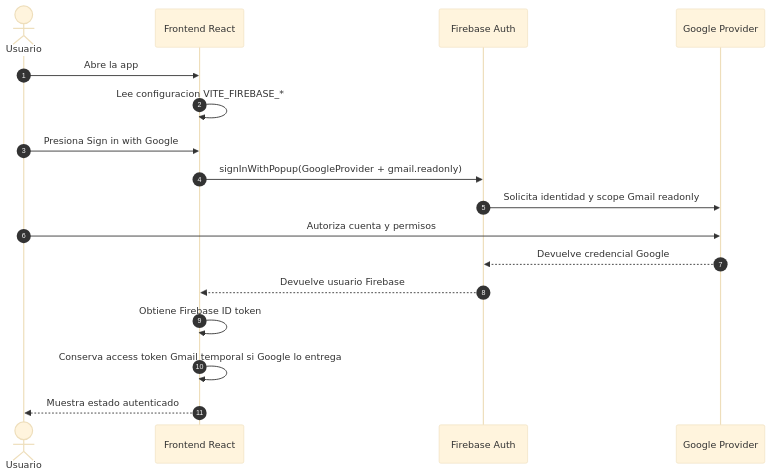
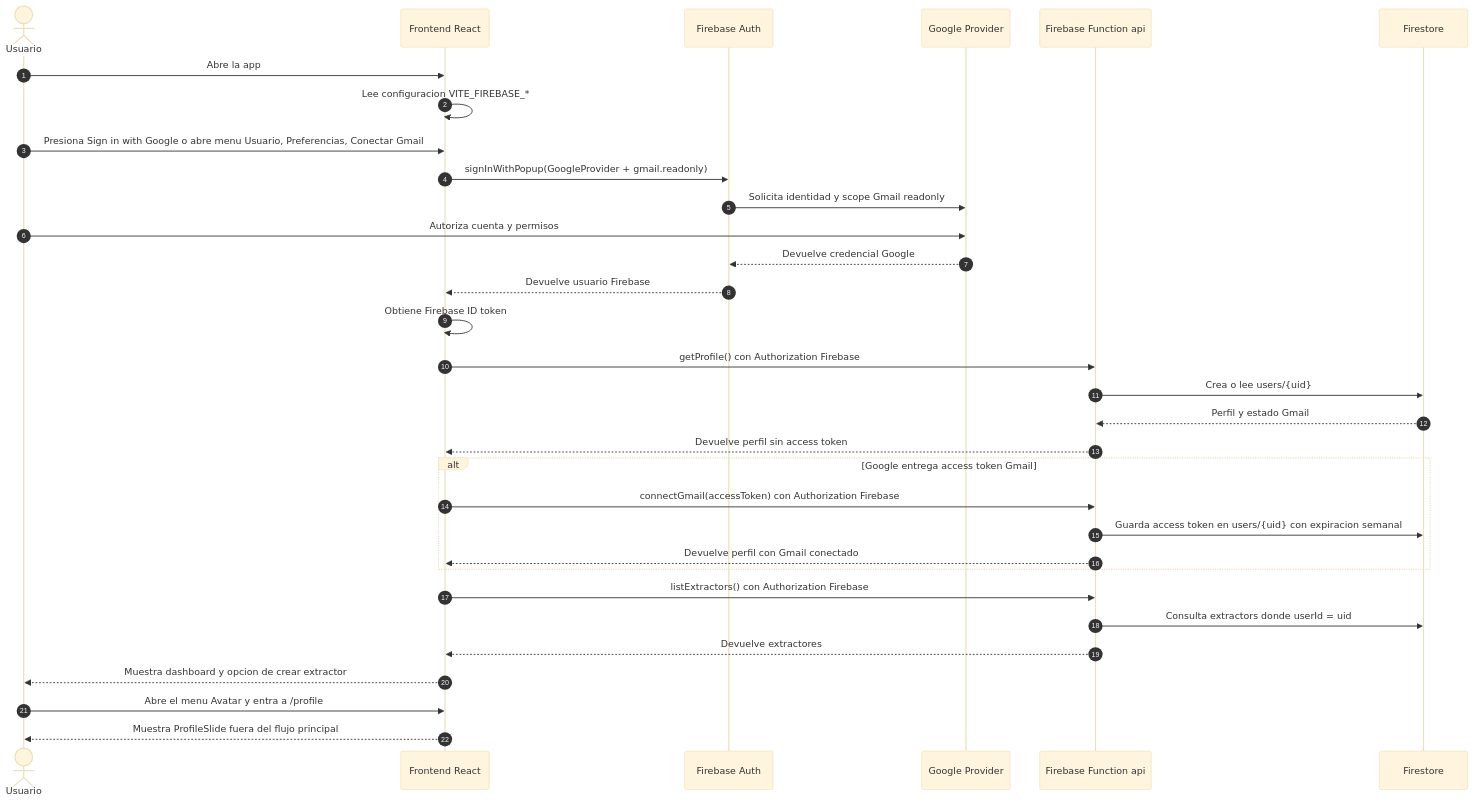
Before and after one commit to mijahilbarra/organizr: the first of 9 diagrams in sequence-diagram.md, drawn with Mermaid (base theme). The commit also changed other lines of this file and 72 other files, not shown here.

````diff
--- a/sequence-diagram.md
+++ b/sequence-diagram.md
@@ -7,20 +7,35 @@
 ```mermaid
 sequenceDiagram
   autonumber
   actor User as Usuario
   participant Frontend as Frontend React
   participant FirebaseAuth as Firebase Auth
   participant GoogleProvider as Google Provider
+  participant Function as Firebase Function api
+  participant Firestore as Firestore
 
   User->>Frontend: Abre la app
   Frontend->>Frontend: Lee configuracion VITE_FIREBASE_*
-  User->>Frontend: Presiona Sign in with Google
+  User->>Frontend: Presiona Sign in with Google o abre menu Usuario, Preferencias, Conectar Gmail
   Frontend->>FirebaseAuth: signInWithPopup(GoogleProvider + gmail.readonly)
   FirebaseAuth->>GoogleProvider: Solicita identidad y scope Gmail readonly
   User->>GoogleProvider: Autoriza cuenta y permisos
   GoogleProvider-->>FirebaseAuth: Devuelve credencial Google
   FirebaseAuth-->>Frontend: Devuelve usuario Firebase
   Frontend->>Frontend: Obtiene Firebase ID token
-  Frontend->>Frontend: Conserva access token Gmail temporal si Google lo entrega
-  Frontend-->>User: Muestra estado autenticado
+  Frontend->>Function: getProfile() con Authorization Firebase
+  Function->>Firestore: Crea o lee users/{uid}
+  Firestore-->>Function: Perfil y estado Gmail
+  Function-->>Frontend: Devuelve perfil sin access token
+  alt Google entrega access token Gmail
+    Frontend->>Function: connectGmail(accessToken) con Authorization Firebase
+    Function->>Firestore: Guarda access token en users/{uid} con expiracion semanal
+    Function-->>Frontend: Devuelve perfil con Gmail conectado
+  end
+  Frontend->>Function: listExtractors() con Authorization Firebase
+  Function->>Firestore: Consulta extractors donde userId = uid
+  Function-->>Frontend: Devuelve extractores
+  Frontend-->>User: Muestra dashboard y opcion de crear extractor
+  User->>Frontend: Abre el menu Avatar y entra a /profile
+  Frontend-->>User: Muestra ProfileSlide fuera del flujo principal
 ```
````
